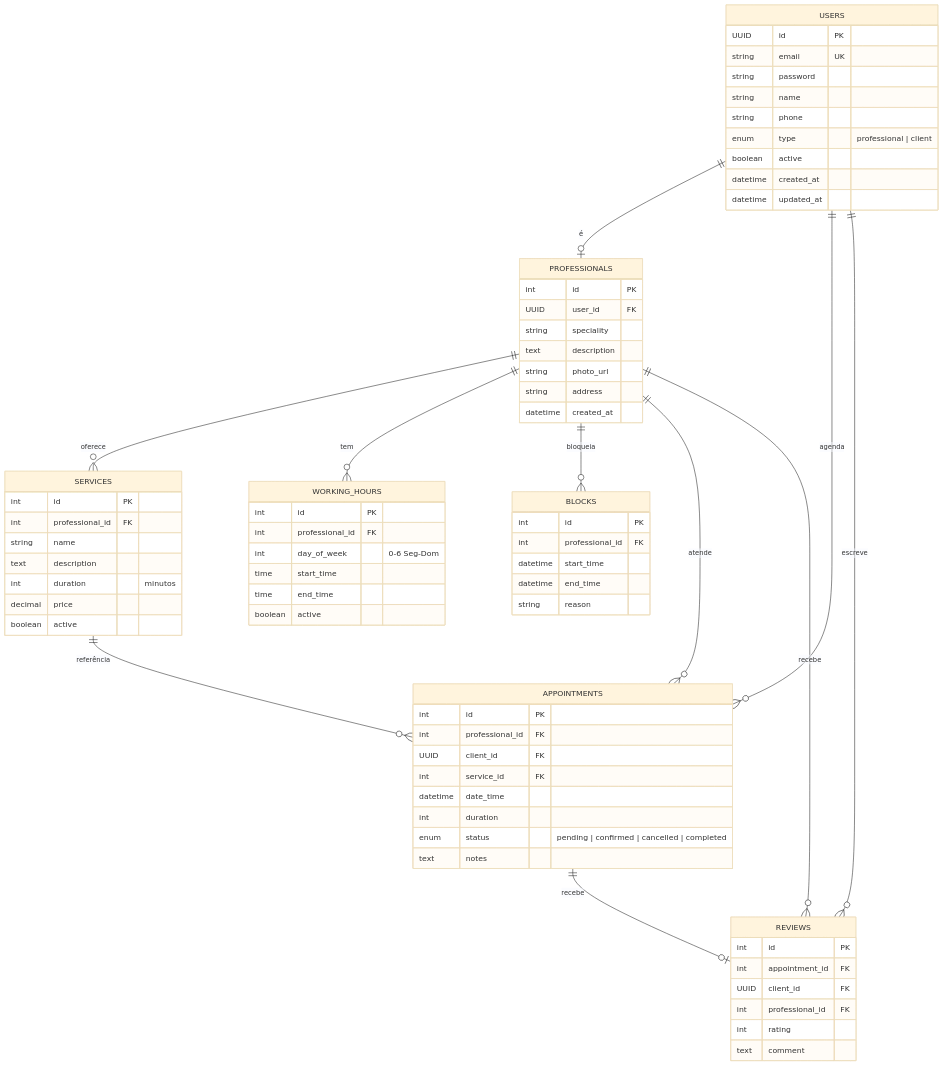
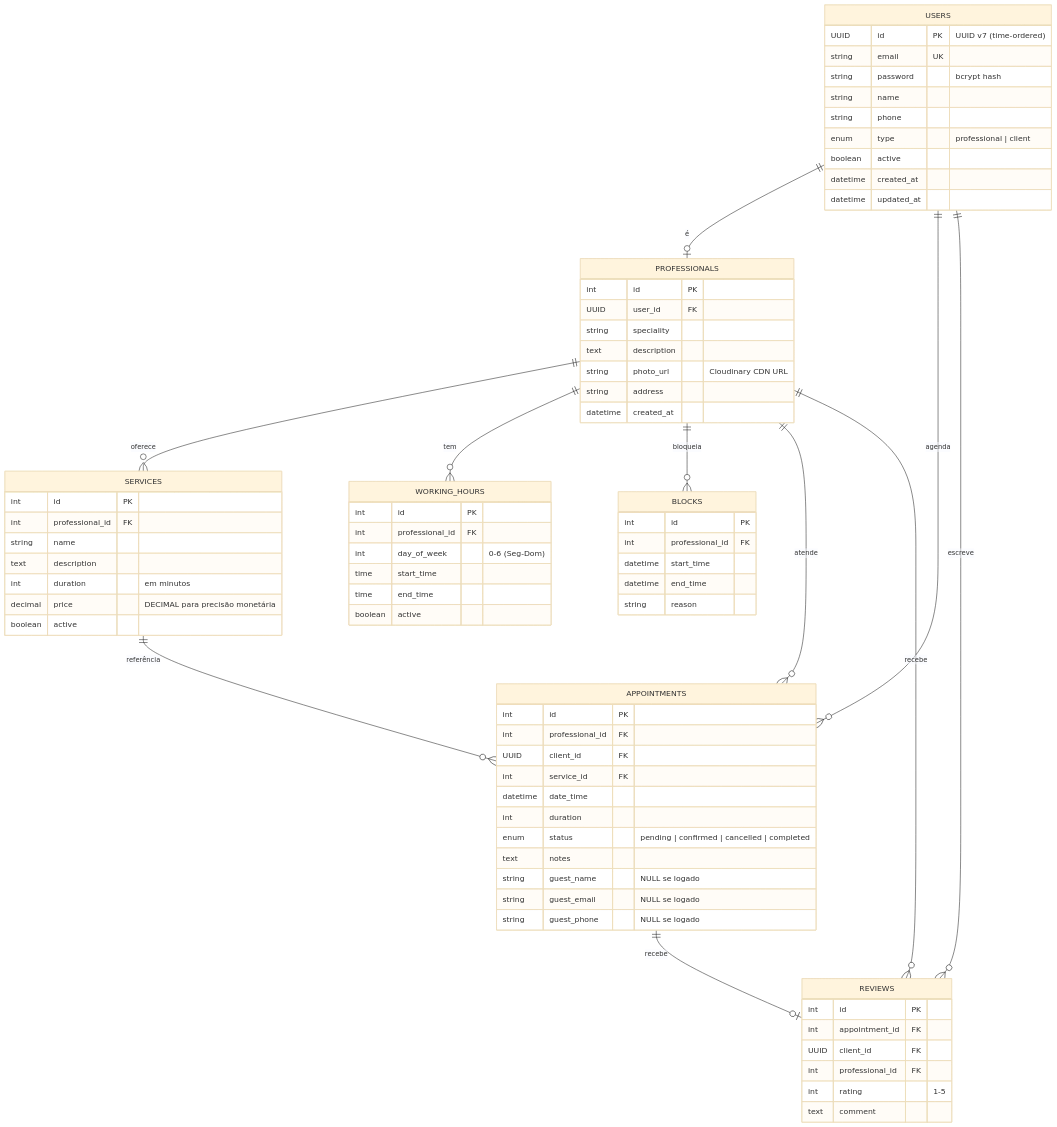
Before and after one commit to felipe-gomes0/astrocode-teste: the second of 5 diagrams in README.md, drawn with Mermaid (base theme). The commit also changed other lines of this file, not shown here.

````diff
--- a/README.md
+++ b/README.md
@@ -77,9 +334,9 @@
 ```mermaid
 erDiagram
     USERS {
-        UUID id PK
+        UUID id PK "UUID v7 (time-ordered)"
         string email UK
-        string password
+        string password "bcrypt hash"
         string name
         string phone
         enum type "professional | client"
@@ -93,7 +350,7 @@
         UUID user_id FK
         string speciality
         text description
-        string photo_url
+        string photo_url "Cloudinary CDN URL"
         string address
         datetime created_at
     }
@@ -103,15 +360,15 @@
         int professional_id FK
         string name
         text description
-        int duration "minutos"
-        decimal price
+        int duration "em minutos"
+        decimal price "DECIMAL para precisão monetária"
         boolean active
     }
 
     WORKING_HOURS {
         int id PK
         int professional_id FK
-        int day_of_week "0-6 Seg-Dom"
+        int day_of_week "0-6 (Seg-Dom)"
         time start_time
         time end_time
         boolean active
@@ -134,6 +391,9 @@
         int duration
         enum status "pending | confirmed | cancelled | completed"
         text notes
+        string guest_name "NULL se logado"
+        string guest_email "NULL se logado"
+        string guest_phone "NULL se logado"
     }
 
     REVIEWS {
@@ -141,7 +401,7 @@
         int appointment_id FK
         UUID client_id FK
         int professional_id FK
-        int rating
+        int rating "1-5"
         text comment
     }
 
````
